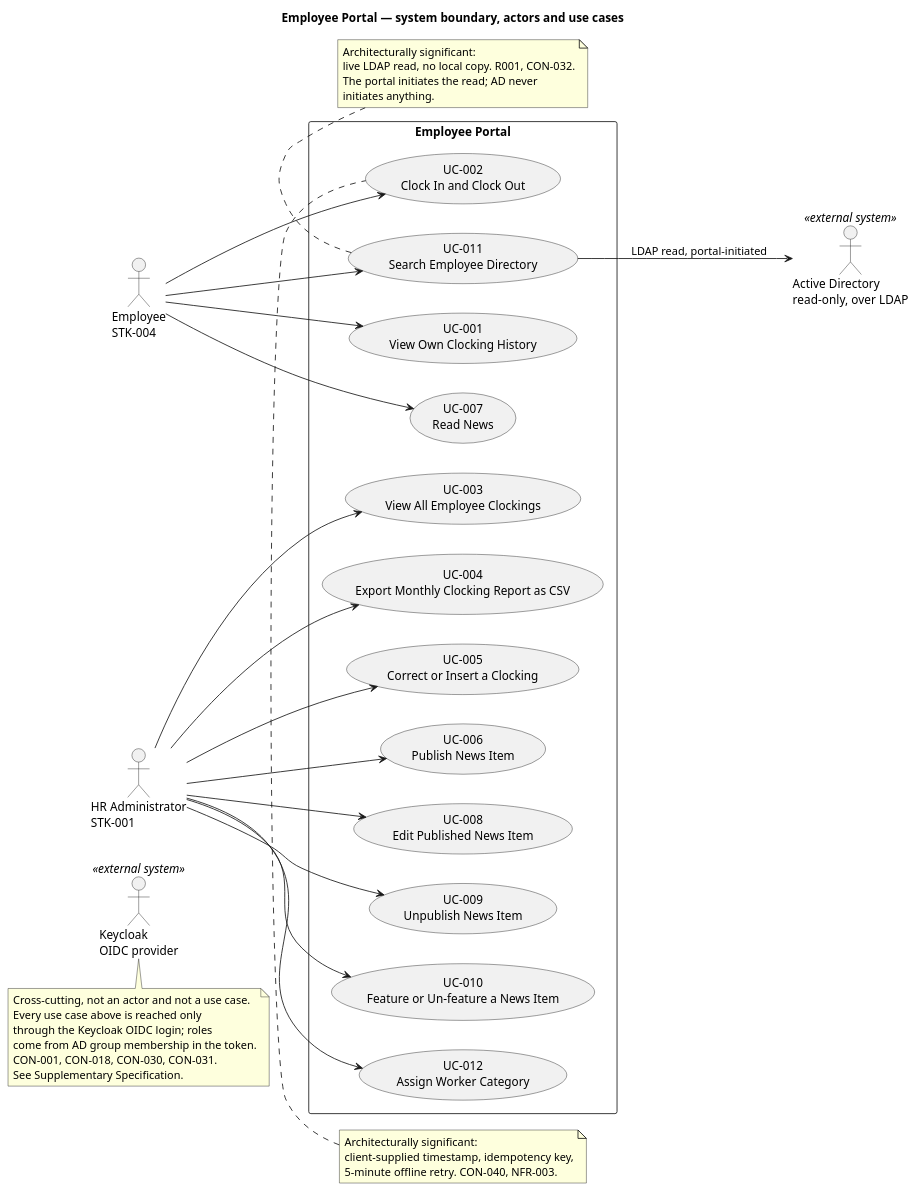
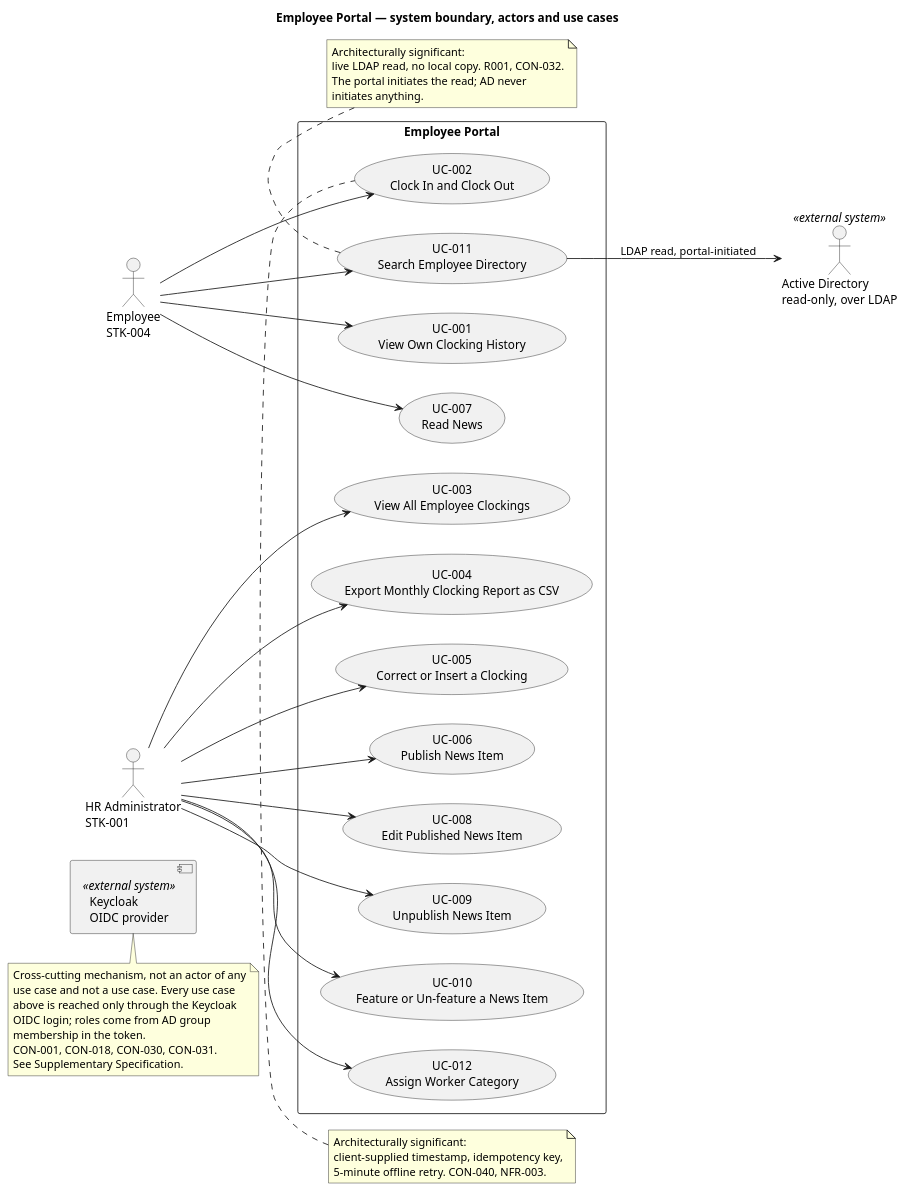
Before and after one commit to banense-test/portal: the first of 7 diagrams in docs/artifacts/requirements/use-case-model.md, drawn with PlantUML. The commit also changed other lines of this file, not shown here.

Commit message:
System Analyst [I3]: upsert Use-Case Model
[skip ci]

````diff
--- a/docs/artifacts/requirements/use-case-model.md
+++ b/docs/artifacts/requirements/use-case-model.md
@@ -9,64 +9,65 @@
 ```plantuml
 @startuml
 title Employee Portal — system boundary, actors and use cases
 
 left to right direction
 skinparam packageStyle rectangle
 
 actor "Employee\nSTK-004" as EMP
 actor "HR Administrator\nSTK-001" as HR
 actor "Active Directory\nread-only, over LDAP" as AD <<external system>>
-actor "Keycloak\nOIDC provider" as KC <<external system>>
+component "Keycloak\nOIDC provider" as KC <<external system>>
 
 rectangle "Employee Portal" {
   usecase "UC-001\nView Own Clocking History" as UC001
   usecase "UC-002\nClock In and Clock Out" as UC002
   usecase "UC-003\nView All Employee Clockings" as UC003
   usecase "UC-004\nExport Monthly Clocking Report as CSV" as UC004
   usecase "UC-005\nCorrect or Insert a Clocking" as UC005
   usecase "UC-006\nPublish News Item" as UC006
   usecase "UC-007\nRead News" as UC007
   usecase "UC-008\nEdit Published News Item" as UC008
   usecase "UC-009\nUnpublish News Item" as UC009
   usecase "UC-010\nFeature or Un-feature a News Item" as UC010
   usecase "UC-011\nSearch Employee Directory" as UC011
   usecase "UC-012\nAssign Worker Category" as UC012
 }
 
 EMP --> UC001
 EMP --> UC002
 EMP --> UC007
 EMP --> UC011
 HR --> UC003
 HR --> UC004
 HR --> UC005
 HR --> UC006
 HR --> UC008
 HR --> UC009
 HR --> UC010
 HR --> UC012
 UC011 --> AD : LDAP read, portal-initiated
 
 note bottom of KC
-  Cross-cutting, not an actor and not a use case.
-  Every use case above is reached only
-  through the Keycloak OIDC login; roles
-  come from AD group membership in the token.
+  Cross-cutting mechanism, not an actor of any
+  use case and not a use case. Every use case
+  above is reached only through the Keycloak
+  OIDC login; roles come from AD group
+  membership in the token.
   CON-001, CON-018, CON-030, CON-031.
   See Supplementary Specification.
 end note
 
 note top of UC002
   Architecturally significant:
   client-supplied timestamp, idempotency key,
   5-minute offline retry. CON-040, NFR-003.
 end note
 
 note bottom of UC011
   Architecturally significant:
   live LDAP read, no local copy. R001, CON-032.
   The portal initiates the read; AD never
   initiates anything.
 end note
 @enduml
 ```
````
